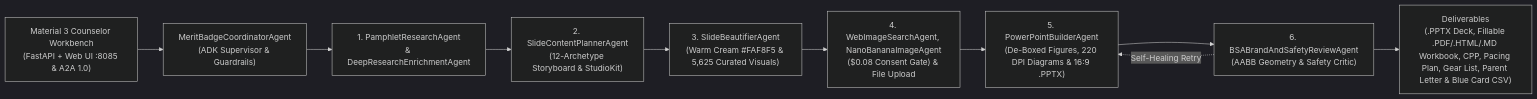
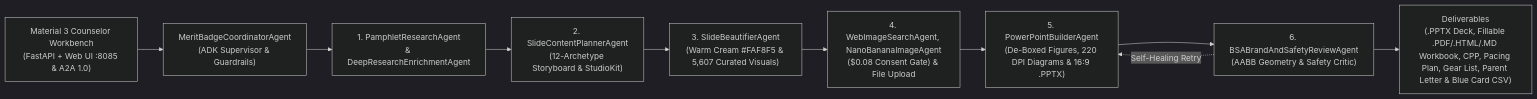
Before and after one commit to clayberg/scouts-bsa-merit-badge-agent: the first of 2 diagrams in README.md, drawn with Mermaid (dark theme). The commit also changed other lines of this file and 481 other files, not shown here.

Commit message:
V42: Multi-persona speaker notes, counselor facilitation guide vs scout workbook, and child-slide pamphlet visuals across 149 badges

````diff
--- a/README.md
+++ b/README.md
@@ -294,12 +294,12 @@
 ```mermaid
 flowchart LR
     UIs["Material 3 Counselor Workbench<br/>(FastAPI + Web UI :8085 & A2A 1.0)"] --> Coord["MeritBadgeCoordinatorAgent<br/>(ADK Supervisor & Guardrails)"]
     Coord --> Res["1. PamphletResearchAgent<br/>& DeepResearchEnrichmentAgent"]
     Res --> Plan["2. SlideContentPlannerAgent<br/>(12-Archetype Storyboard & StudioKit)"]
-    Plan --> Beau["3. SlideBeautifierAgent<br/>(Warm Cream #FAF8F5 & 5,625 Curated Visuals)"]
+    Plan --> Beau["3. SlideBeautifierAgent<br/>(Warm Cream #FAF8F5 & 5,607 Curated Visuals)"]
     Beau --> ImgStudio["4. WebImageSearchAgent, NanoBananaImageAgent<br/>($0.08 Consent Gate) & File Upload"]
     ImgStudio --> Build["5. PowerPointBuilderAgent<br/>(De-Boxed Figures, 220 DPI Diagrams & 16:9 .PPTX)"]
     Build --> Rev["6. BSABrandAndSafetyReviewAgent<br/>(AABB Geometry & Safety Critic)"]
     Rev -.->|"Self-Healing Retry"| Build
     Rev --> Out["Deliverables<br/>(.PPTX Deck, Fillable .PDF/.HTML/.MD Workbook, CPP, Pacing Plan, Gear List, Parent Letter & Blue Card CSV)"]
 ```
````
